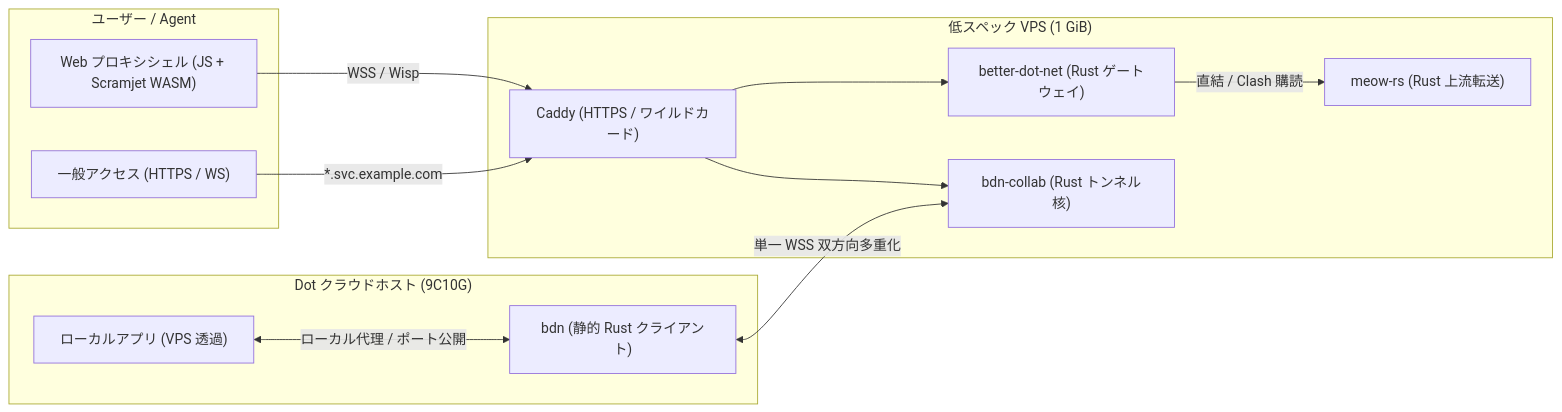
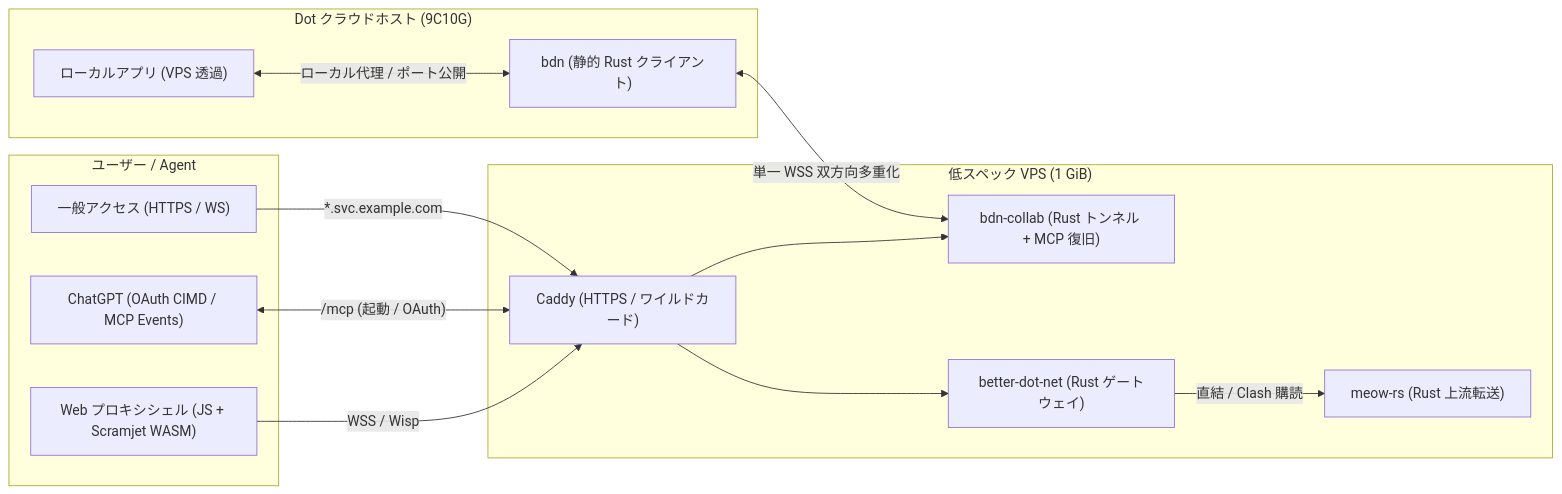
One commit to Iris86901/better-dot-net changed the diagram in README.ja.md. Above: the diagram before and after it, drawn with Mermaid. The commit also changed other lines of this file and 247 other files, not shown here.

````diff
--- a/README.ja.md
+++ b/README.ja.md
@@ -62,27 +74,29 @@
 ```mermaid
 flowchart LR
     subgraph Client["ユーザー / Agent"]
+        Visitor["一般アクセス (HTTPS / WS)"]
+        MCP["ChatGPT (OAuth CIMD / MCP Events)"]
         Browser["Web プロキシシェル (JS + Scramjet WASM)"]
-        Visitor["一般アクセス (HTTPS / WS)"]
     end
 
     subgraph VPS["低スペック VPS (1 GiB)"]
         Caddy["Caddy (HTTPS / ワイルドカード)"]
+        Collab["bdn-collab (Rust トンネル + MCP 復旧)"]
         Basic["better-dot-net (Rust ゲートウェイ)"]
         Meow["meow-rs (Rust 上流転送)"]
-        Collab["bdn-collab (Rust トンネル核)"]
     end
 
     subgraph DotHost["Dot クラウドホスト (9C10G)"]
         BDN["bdn (静的 Rust クライアント)"]
         App["ローカルアプリ (VPS 透過)"]
     end
 
+    Visitor -- "*.svc.example.com" --> Caddy
+    MCP <-- "/mcp (起動 / OAuth)" --> Caddy
     Browser -- "WSS / Wisp" --> Caddy
-    Visitor -- "*.svc.example.com" --> Caddy
-    Caddy --> Basic
-    Basic -- "直結 / Clash 購読" --> Meow
     Caddy --> Collab
     BDN <-- "単一 WSS 双方向多重化" --> Collab
     App <-- "ローカル代理 / ポート公開" --> BDN
+    Caddy --> Basic
+    Basic -- "直結 / Clash 購読" --> Meow
 ```
````
